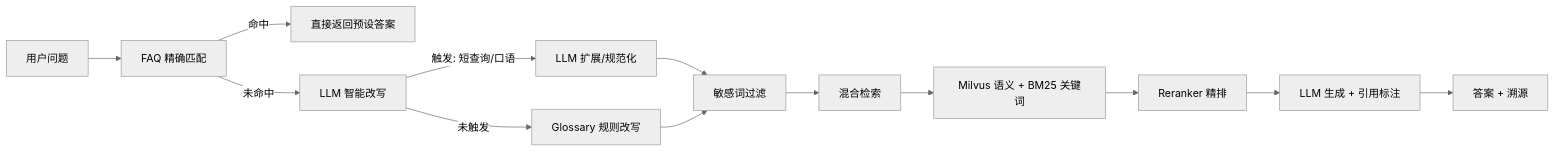
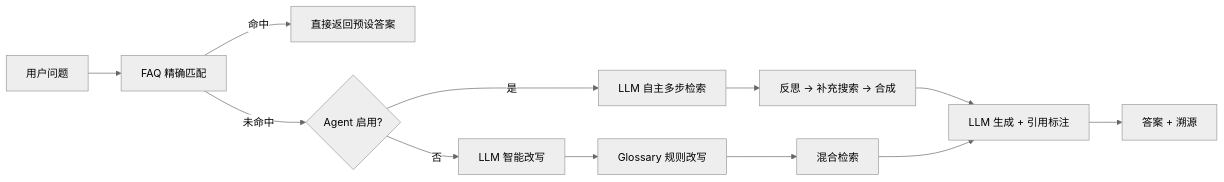
Before and after one commit to xbchenf/KnowBrain: the diagram in README.md, drawn with Mermaid (neutral theme). The commit also changed other lines of this file and 4 other files, not shown here.

````diff
--- a/README.md
+++ b/README.md
@@ -53,15 +53,14 @@
 ```mermaid
 graph LR
     A[用户问题] --> B[FAQ 精确匹配]
     B -->|命中| C[直接返回预设答案]
-    B -->|未命中| D[LLM 智能改写]
-    D -->|触发: 短查询/口语| E[LLM 扩展/规范化]
-    D -->|未触发| F[Glossary 规则改写]
-    E --> G[敏感词过滤]
-    F --> G
-    G --> H[混合检索]
-    H --> I[Milvus 语义 + BM25 关键词]
-    I --> J[Reranker 精排]
-    J --> K[LLM 生成 + 引用标注]
-    K --> L[答案 + 溯源]
+    B -->|未命中| D{Agent 启用?}
+    D -->|是| E[LLM 自主多步检索]
+    E --> F[反思 → 补充搜索 → 合成]
+    D -->|否| G[LLM 智能改写]
+    G --> H[Glossary 规则改写]
+    H --> I[混合检索]
+    F --> J[LLM 生成 + 引用标注]
+    I --> J
+    J --> K[答案 + 溯源]
 ```
````
